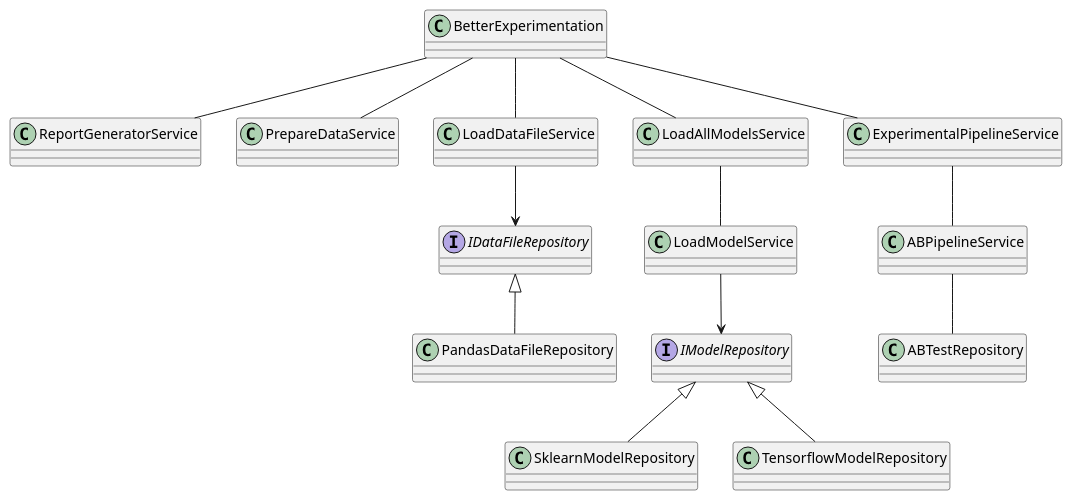
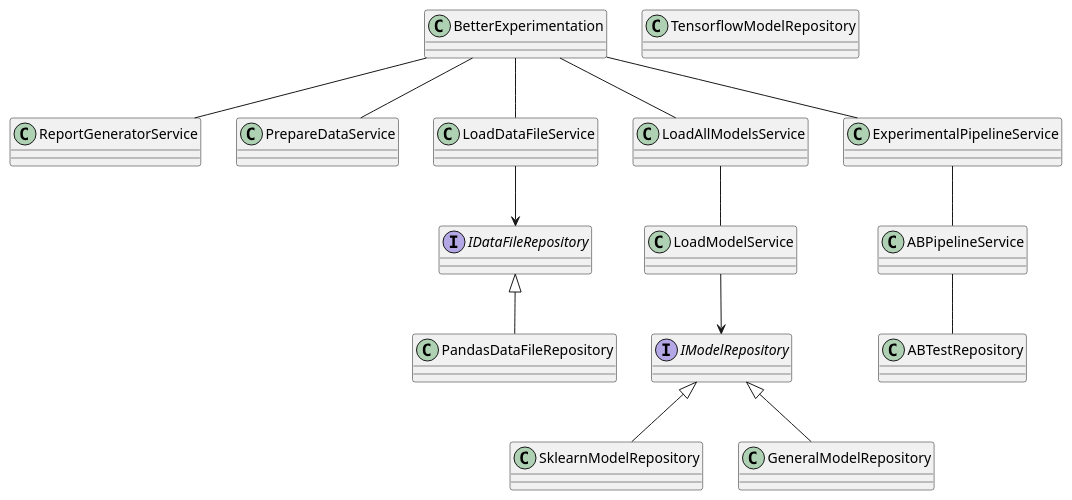
One commit to iuryrosal/ml-exp changed the diagram in docs/class_diagram.plantuml. Above: the diagram before and after it, drawn with PlantUML.

Commit message:
📝 docs: update class_diagram with GeneralModelRepository

```diff
--- a/docs/class_diagram.plantuml
+++ b/docs/class_diagram.plantuml
@@ -1,47 +1,47 @@
 @startuml
 class BetterExperimentation 
 
 class ReportGeneratorService
 
 class PrepareDataService
 
 class LoadModelService
 
 class LoadDataFileService
 
 class LoadAllModelsService
 
 class ExperimentalPipelineService
 
 class ABPipelineService
 
 class ABTestRepository
 
 interface IDataFileRepository
 
 class PandasDataFileRepository
 
 interface IModelRepository
 
 class SklearnModelRepository
 
 class TensorflowModelRepository
 
 BetterExperimentation -- PrepareDataService
 BetterExperimentation -- LoadAllModelsService
 BetterExperimentation -- LoadDataFileService
 BetterExperimentation -- ExperimentalPipelineService
 BetterExperimentation -- ReportGeneratorService
 
 ExperimentalPipelineService -- ABPipelineService
 ABPipelineService -- ABTestRepository
 
 IDataFileRepository <|-- PandasDataFileRepository
 LoadDataFileService --> IDataFileRepository
 
 IModelRepository <|-- SklearnModelRepository
-IModelRepository <|-- TensorflowModelRepository
+IModelRepository <|-- GeneralModelRepository
 
 LoadAllModelsService -- LoadModelService
 LoadModelService --> IModelRepository
 @enduml
```
